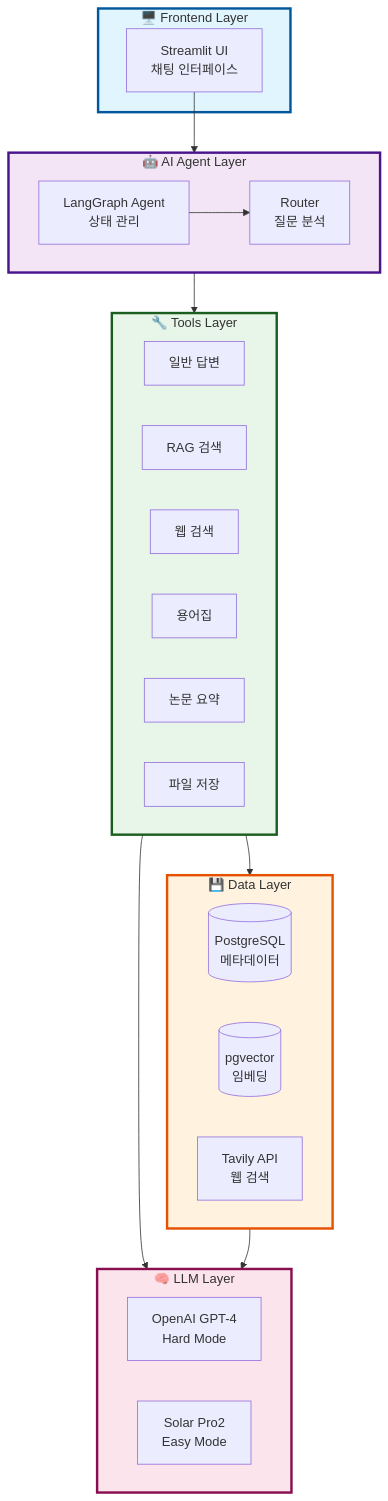
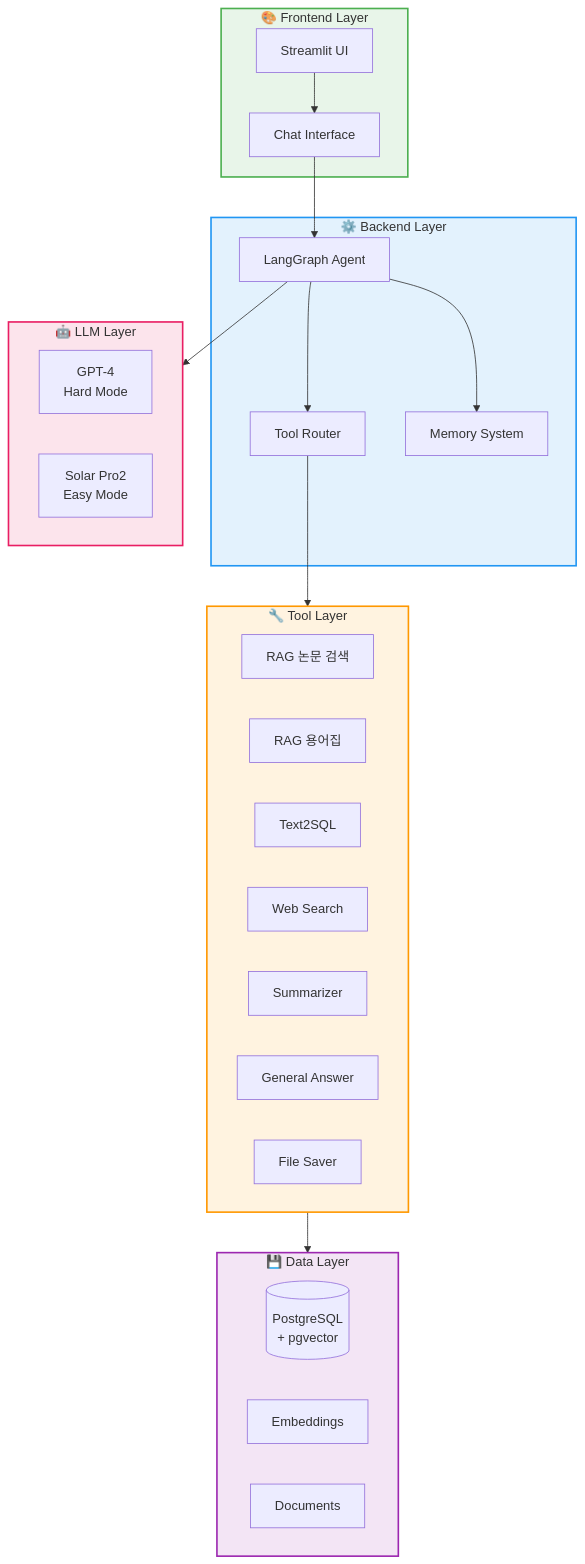
Before and after one commit to AIBootcamp14/langchainproject-new-langchainproject_5: the third of 10 diagrams in docs/PPT/new/02_프로젝트_목표_및_설계.md, drawn with Mermaid. The commit also changed other lines of this file, not shown here.

````diff
--- a/docs/PPT/new/02_프로젝트_목표_및_설계.md
+++ b/docs/PPT/new/02_프로젝트_목표_및_설계.md
@@ -173,49 +181,49 @@
 ```mermaid
 graph TB
-    subgraph Frontend["🖥️ Frontend Layer"]
-        UI[Streamlit UI<br/>채팅 인터페이스]
+    subgraph Frontend["🎨 Frontend Layer"]
+        UI[Streamlit UI]
+        CHAT[Chat Interface]
     end
 
-    subgraph Agent["🤖 AI Agent Layer"]
-        direction LR
-        AG[LangGraph Agent<br/>상태 관리]
-        RT[Router<br/>질문 분석]
-        AG --> RT
+    subgraph Backend["⚙️ Backend Layer"]
+        AGENT[LangGraph Agent]
+        ROUTER[Tool Router]
+        MEMORY[Memory System]
     end
 
-    subgraph Tools["🔧 Tools Layer"]
-        direction LR
-        T1[일반 답변]
-        T2[RAG 검색]
-        T3[웹 검색]
-        T4[용어집]
-        T5[논문 요약]
-        T6[파일 저장]
+    subgraph Tools["🔧 Tool Layer"]
+        RAG1[RAG 논문 검색]
+        RAG2[RAG 용어집]
+        SQL[Text2SQL]
+        WEB[Web Search]
+        SUM[Summarizer]
+        GEN[General Answer]
+        SAVE[File Saver]
     end
 
     subgraph Data["💾 Data Layer"]
-        direction LR
-        PG[(PostgreSQL<br/>메타데이터)]
-        VEC[(pgvector<br/>임베딩)]
-        API[Tavily API<br/>웹 검색]
+        PG[(PostgreSQL<br/>+ pgvector)]
+        EMB[Embeddings]
+        DOCS[Documents]
     end
 
-    subgraph LLM["🧠 LLM Layer"]
-        direction LR
-        GPT[OpenAI GPT-4<br/>Hard Mode]
+    subgraph LLM["🤖 LLM Layer"]
+        GPT4[GPT-4<br/>Hard Mode]
         SOLAR[Solar Pro2<br/>Easy Mode]
     end
 
-    UI --> Agent
-    Agent --> Tools
+    UI --> CHAT
+    CHAT --> AGENT
+    AGENT --> ROUTER
+    ROUTER --> Tools
     Tools --> Data
-    Tools --> LLM
-    Data --> LLM
+    AGENT --> LLM
+    AGENT --> MEMORY
 
     %% 스타일링
-    style Frontend fill:#e1f5fe,stroke:#01579b,stroke-width:3px
-    style Agent fill:#f3e5f5,stroke:#4a148c,stroke-width:3px
-    style Tools fill:#e8f5e9,stroke:#1b5e20,stroke-width:3px
-    style Data fill:#fff3e0,stroke:#e65100,stroke-width:3px
-    style LLM fill:#fce4ec,stroke:#880e4f,stroke-width:3px
+    style Frontend fill:#E8F5E9,stroke:#4CAF50,stroke-width:2px
+    style Backend fill:#E3F2FD,stroke:#2196F3,stroke-width:2px
+    style Tools fill:#FFF3E0,stroke:#FF9800,stroke-width:2px
+    style Data fill:#F3E5F5,stroke:#9C27B0,stroke-width:2px
+    style LLM fill:#FCE4EC,stroke:#E91E63,stroke-width:2px
 ```
````
